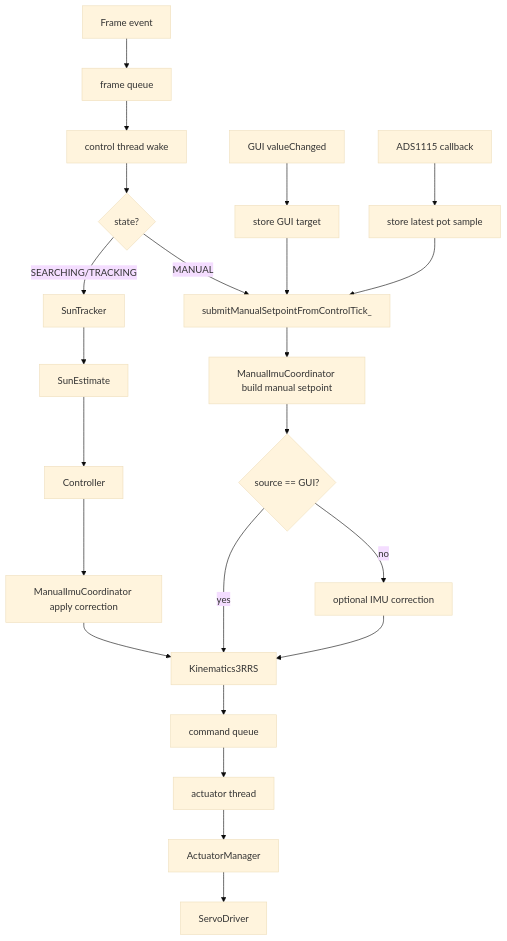
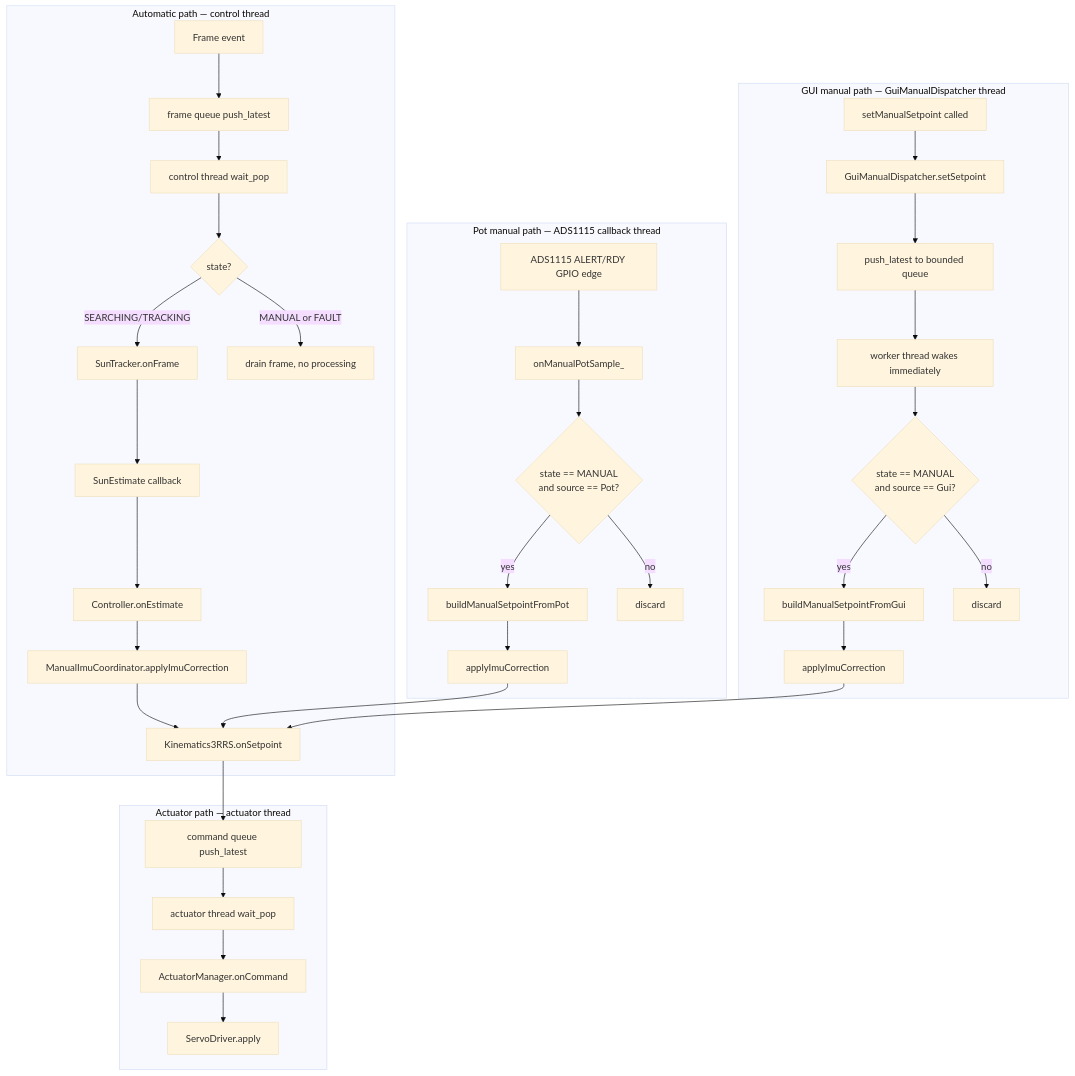
One commit to fadihalteh/sun2 changed the third of 3 diagrams in docs/state_machine.md. Above: the diagram before and after it, drawn with Mermaid (base theme). The commit also changed other lines of this file and 15 other files, not shown here.

````diff
--- a/docs/state_machine.md
+++ b/docs/state_machine.md
@@ -218,28 +222,43 @@
 ```mermaid
 flowchart TD
-    A[Frame event] --> B[frame queue]
-    B --> C[control thread wake]
+    subgraph AUTO["Automatic path — control thread"]
+      A[Frame event] --> B[frame queue push_latest]
+      B --> C[control thread wait_pop]
+      C --> D{state?}
+      D -- SEARCHING/TRACKING --> E[SunTracker.onFrame]
+      E --> F[SunEstimate callback]
+      F --> G[Controller.onEstimate]
+      G --> H[ManualImuCoordinator.applyImuCorrection]
+      H --> I[Kinematics3RRS.onSetpoint]
+      D -- MANUAL or FAULT --> Z[drain frame, no processing]
+    end
 
-    C --> D{state?}
+    subgraph POT["Pot manual path — ADS1115 callback thread"]
+      Q[ADS1115 ALERT/RDY GPIO edge] --> R[onManualPotSample_]
+      R --> R2{state == MANUAL
+and source == Pot?}
+      R2 -- yes --> S[buildManualSetpointFromPot]
+      S --> S2[applyImuCorrection]
+      S2 --> I
+      R2 -- no --> RX[discard]
+    end
 
-    D -- SEARCHING/TRACKING --> E[SunTracker]
-    E --> F[SunEstimate]
-    F --> G[Controller]
-    G --> H[ManualImuCoordinator apply correction]
-    H --> I[Kinematics3RRS]
-    I --> J[command queue]
-    J --> K[actuator thread]
-    K --> L[ActuatorManager]
-    L --> M[ServoDriver]
+    subgraph GUI["GUI manual path — GuiManualDispatcher thread"]
+      P[setManualSetpoint called] --> P2[GuiManualDispatcher.setSetpoint]
+      P2 --> P3[push_latest to bounded queue]
+      P3 --> P4[worker thread wakes immediately]
+      P4 --> P5{state == MANUAL
+and source == Gui?}
+      P5 -- yes --> T[buildManualSetpointFromGui]
+      T --> T2[applyImuCorrection]
+      T2 --> I
+      P5 -- no --> PX[discard]
+    end
 
-    D -- MANUAL --> N[submitManualSetpointFromControlTick_]
-    O[GUI valueChanged] --> P[store GUI target]
-    Q[ADS1115 callback] --> R[store latest pot sample]
-    P --> N
-    R --> N
-    N --> S[ManualImuCoordinator build manual setpoint]
-    S --> T{source == GUI?}
-    T -- yes --> I
-    T -- no --> U[optional IMU correction]
-    U --> I
+    subgraph ACT["Actuator path — actuator thread"]
+      I --> J[command queue push_latest]
+      J --> K[actuator thread wait_pop]
+      K --> L[ActuatorManager.onCommand]
+      L --> M[ServoDriver.apply]
+    end
 ```
````
